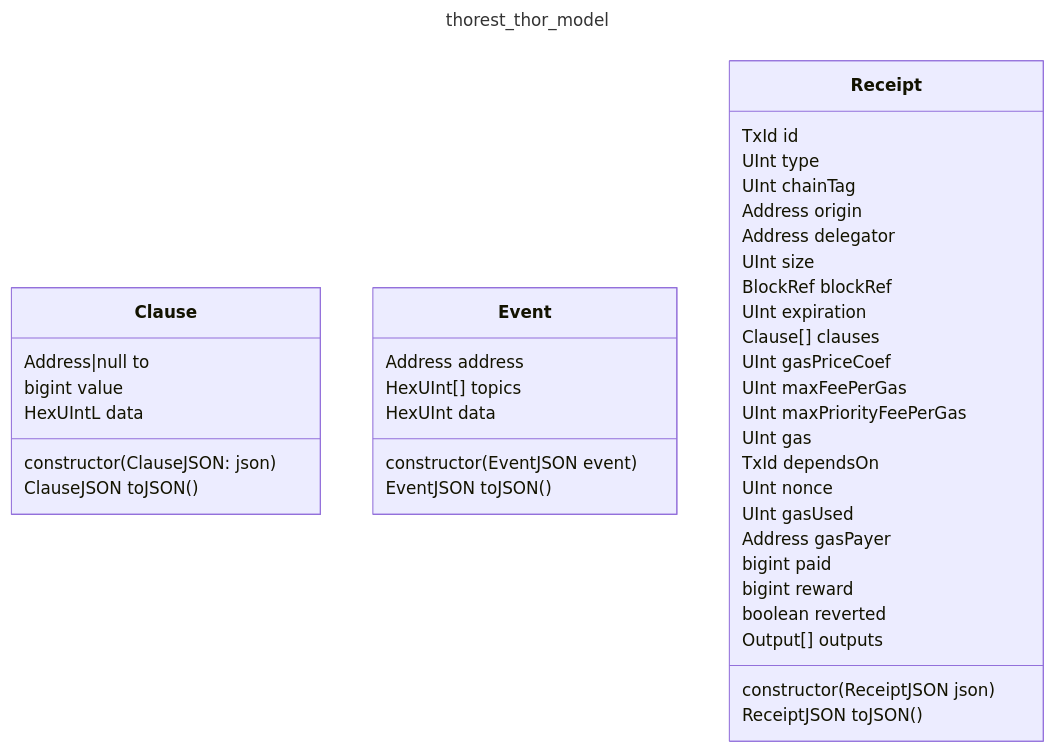
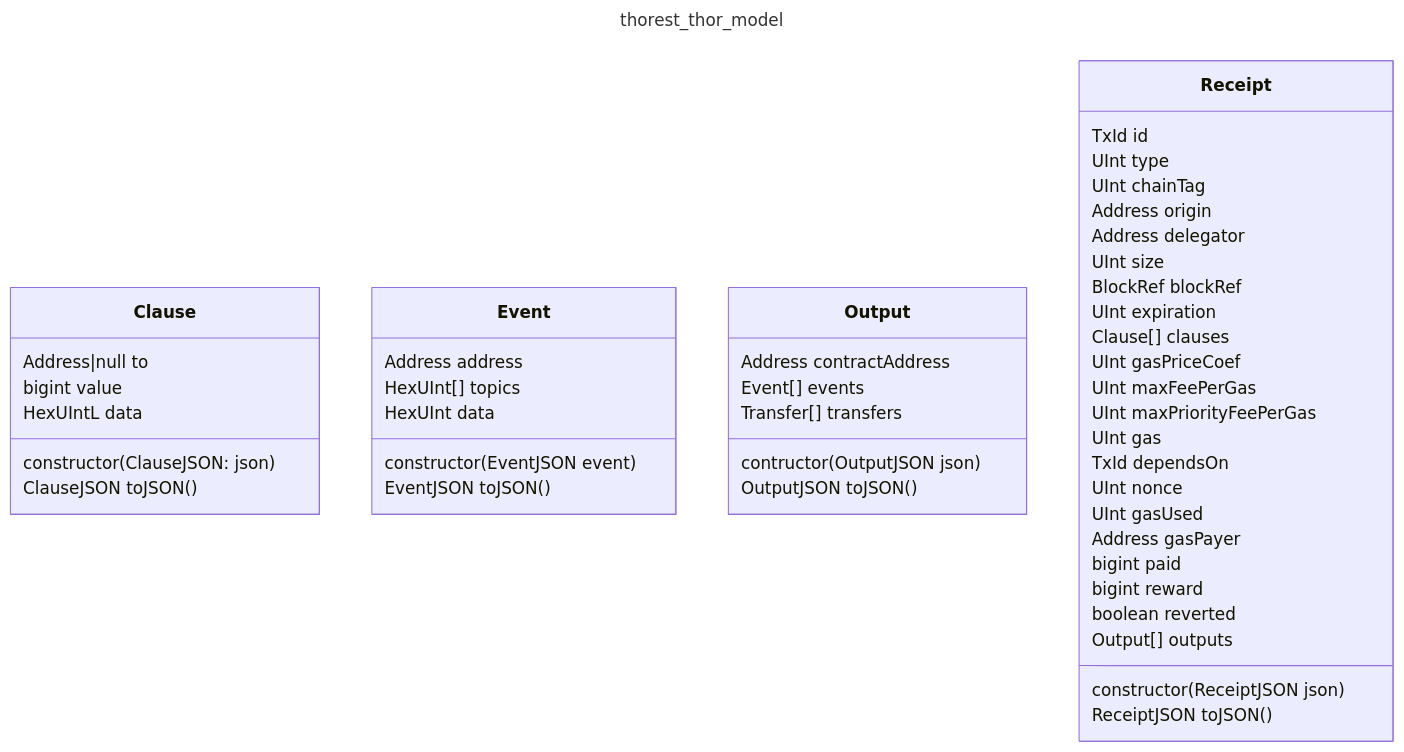
One commit to vechain/vechain-sdk-js changed the diagram in docs/thorest/thor/model/model.mmd. Above: the diagram before and after it, drawn with Mermaid. The commit also changed 5 other files, not shown here.

```diff
--- a/docs/thorest/thor/model/model.mmd
+++ b/docs/thorest/thor/model/model.mmd
@@ -1,43 +1,50 @@
 ---
 title: thorest_thor_model
 ---
 classDiagram
     class Clause {
         Address|null to
         bigint value
         HexUIntL data
         constructor(ClauseJSON: json)
         ClauseJSON toJSON()
     }
     class Event {
         Address address
         HexUInt[] topics
         HexUInt data
         constructor(EventJSON event)
         EventJSON toJSON()
+    }
+    class Output {
+        Address contractAddress
+        Event[] events
+        Transfer[] transfers
+        contructor(OutputJSON json)
+        OutputJSON toJSON()
     }
     class Receipt {
         TxId id
         UInt type
         UInt chainTag
         Address origin
         Address delegator
         UInt size
         BlockRef blockRef
         UInt expiration
         Clause[] clauses
         UInt gasPriceCoef
         UInt maxFeePerGas
         UInt maxPriorityFeePerGas
         UInt gas
         TxId dependsOn
         UInt nonce
         UInt gasUsed
         Address gasPayer
         bigint paid
         bigint reward
         boolean reverted
         Output[] outputs
         constructor(ReceiptJSON json)
         ReceiptJSON toJSON()
     }
```
